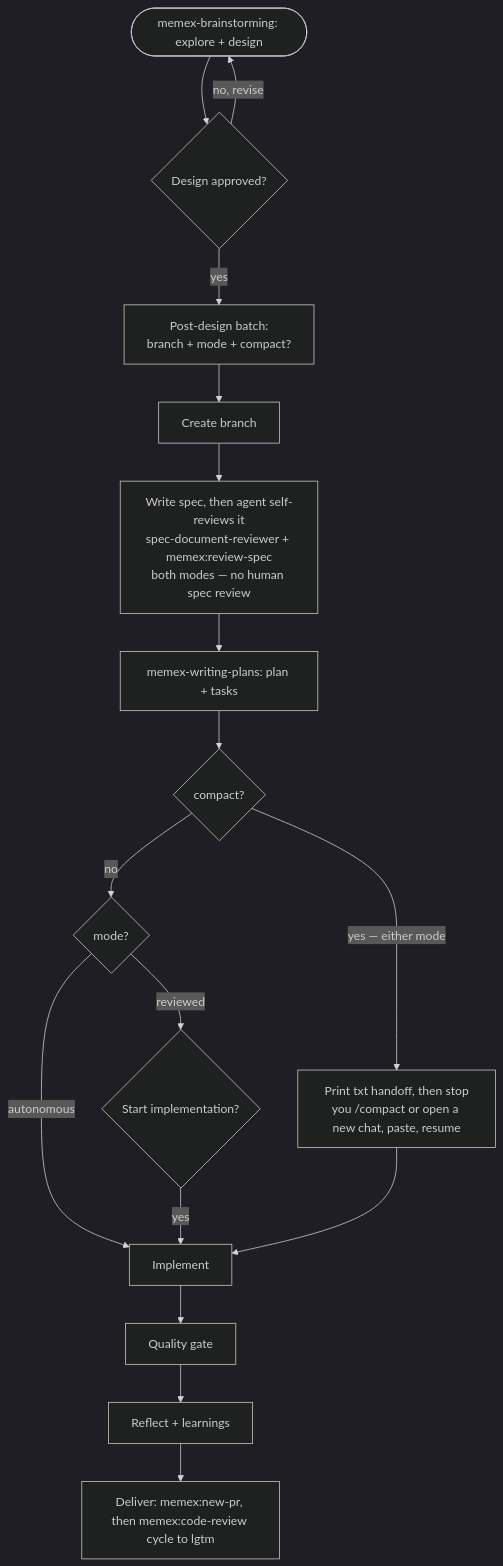
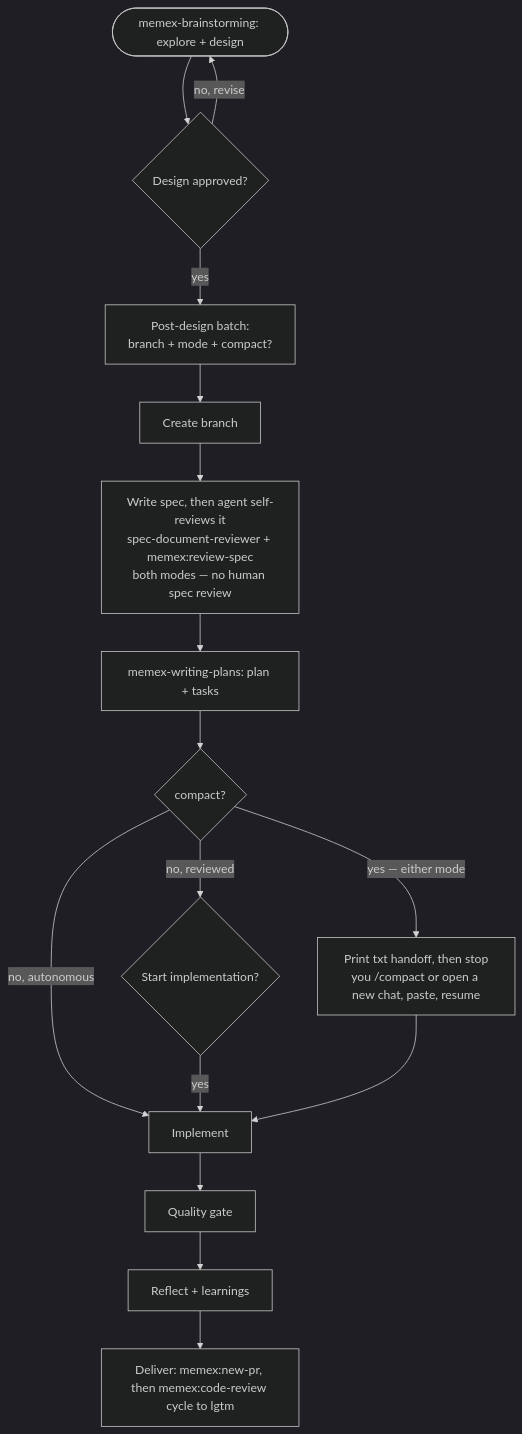
Before and after one commit to ribeirogab/specwright: the diagram in README.md, drawn with Mermaid (dark theme).

Commit message:
docs(readme): fold mode into compact branch — drop confusing second mode diamond

````diff
--- a/README.md
+++ b/README.md
@@ -35,19 +35,18 @@
 ```mermaid
 flowchart TD
     A([memex-brainstorming: explore + design]) --> B{Design approved?}
     B -- "no, revise" --> A
     B -- yes --> C["Post-design batch:<br/>branch + mode + compact?"]
     C --> D[Create branch]
     D --> E["Write spec, then agent self-reviews it<br/>spec-document-reviewer + memex:review-spec<br/>both modes — no human spec review"]
     E --> F[memex-writing-plans: plan + tasks]
     F --> G{compact?}
     G -- "yes — either mode" --> H["Print txt handoff, then stop<br/>you /compact or open a new chat, paste, resume"]
-    G -- no --> I{mode?}
-    I -- autonomous --> K[Implement]
-    I -- reviewed --> J{Start implementation?}
+    G -- "no, autonomous" --> K[Implement]
+    G -- "no, reviewed" --> J{Start implementation?}
     J -- yes --> K
     H --> K
     K --> L[Quality gate]
     L --> M[Reflect + learnings]
     M --> O["Deliver: memex:new-pr, then memex:code-review cycle to lgtm"]
 ```
````
